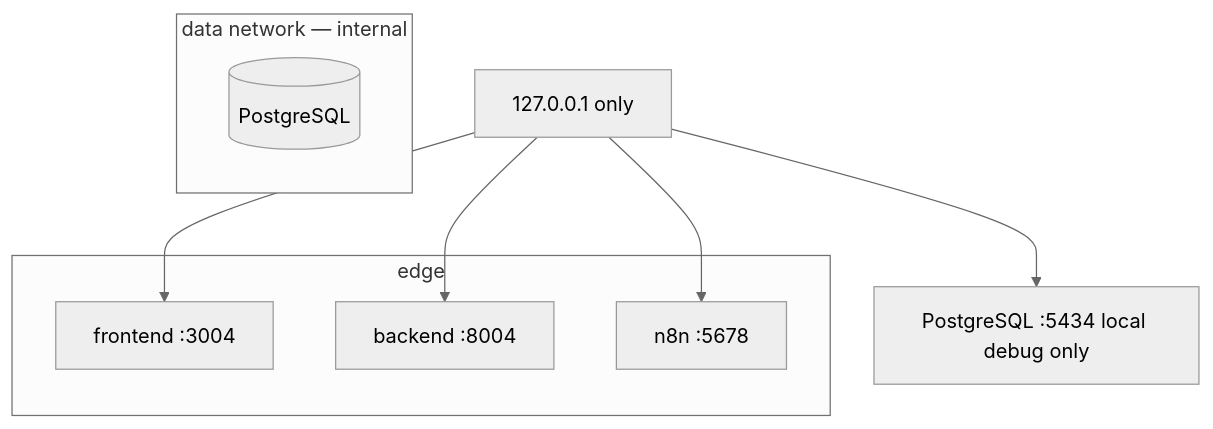
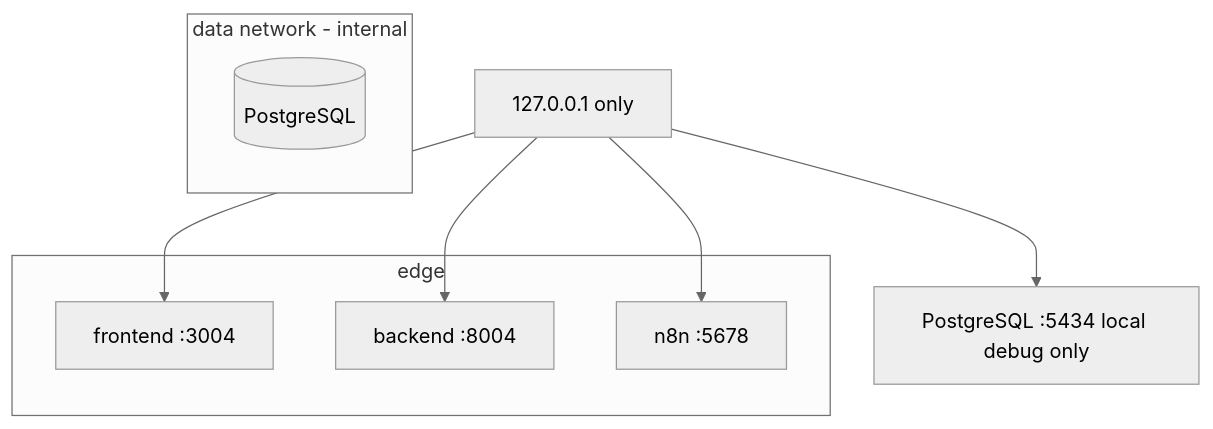
Before and after one commit to Ragnaron12345/portfolio: the fourth of 4 diagrams in ai-automation-pack/docs/architecture.md, drawn with Mermaid (neutral theme). The commit also changed other lines of this file and 9 other files, not shown here.

```diff
--- a/ai-automation-pack/docs/architecture.md
+++ b/ai-automation-pack/docs/architecture.md
@@ -145,17 +145,17 @@
 ~~~mermaid
 flowchart TB
     HOST[127.0.0.1 only] --> UI[frontend :3004]
     HOST --> API[backend :8004]
     HOST --> N8N[n8n :5678]
     HOST --> PGPORT[PostgreSQL :5434 local debug only]
     subgraph edge
       UI
       API
       N8N
     end
-    subgraph data_internal["data network — internal"]
+    subgraph data_internal["data network - internal"]
       API
       N8N
       PG[(PostgreSQL)]
     end
 ~~~
```
